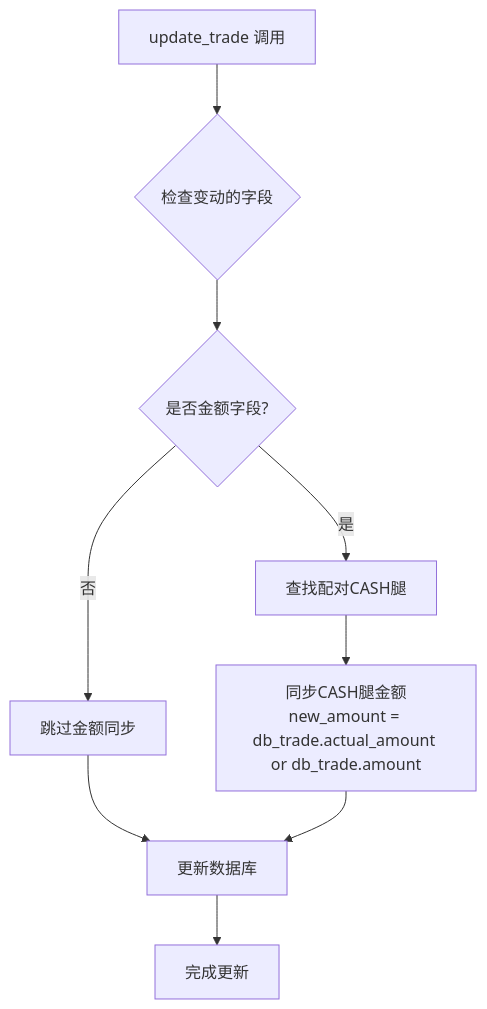
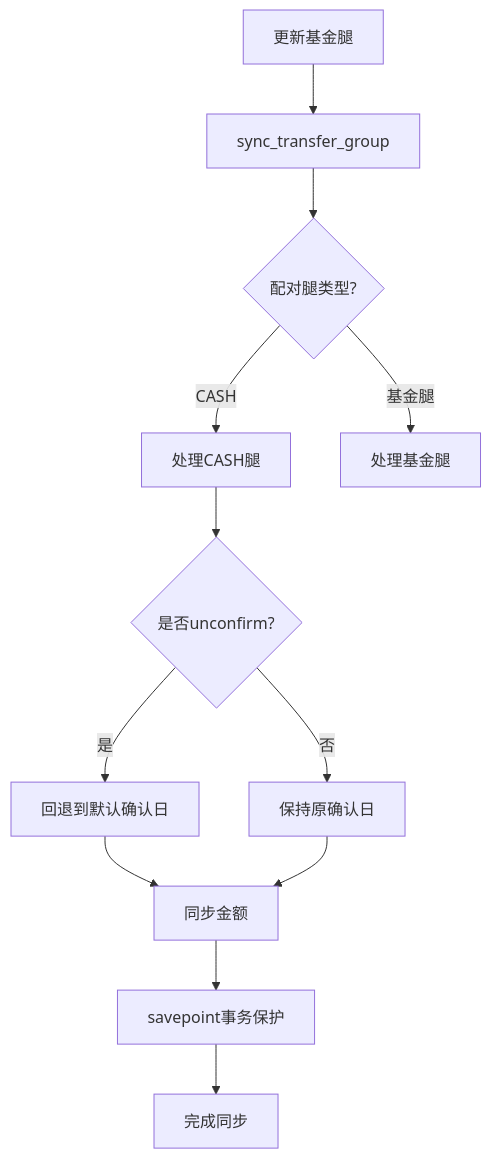
The fourth of 7 diagrams in .qoder/repowiki/zh/content/核心业务功能/平台间现金转移系统.md (gujialind/InvestRing), drawn with Mermaid before and after one commit. The commit also changed other lines of this file and 62 other files, not shown here.

````diff
--- a/.qoder/repowiki/zh/content/核心业务功能/平台间现金转移系统.md
+++ b/.qoder/repowiki/zh/content/核心业务功能/平台间现金转移系统.md
@@ -341,11 +197,14 @@
 ```mermaid
 flowchart TD
-UpdateTrade["update_trade 调用"] --> CheckFields{"检查变动的字段"}
-CheckFields --> AmountFields{"是否金额字段?"}
-AmountFields --> |是| FindPaired["查找配对CASH腿"]
-AmountFields --> |否| SkipSync["跳过金额同步"]
-FindPaired --> SyncAmount["同步CASH腿金额<br/>new_amount = db_trade.actual_amount or db_trade.amount"]
-SkipSync --> UpdateDB["更新数据库"]
-SyncAmount --> UpdateDB
-UpdateDB --> Complete["完成更新"]
+UpdateFundLeg["更新基金腿"] --> SyncGroup["sync_transfer_group"]
+SyncGroup --> CheckType{"配对腿类型?"}
+CheckType --> |CASH| HandleCash["处理CASH腿"]
+CheckType --> |基金腿| HandleFund["处理基金腿"]
+HandleCash --> UnconfirmCheck{"是否unconfirm?"}
+UnconfirmCheck --> |是| RollbackDate["回退到默认确认日"]
+UnconfirmCheck --> |否| KeepOriginal["保持原确认日"]
+RollbackDate --> UpdateAmount["同步金额"]
+KeepOriginal --> UpdateAmount
+UpdateAmount --> Savepoint["savepoint事务保护"]
+Savepoint --> Complete["完成同步"]
 ```
````
